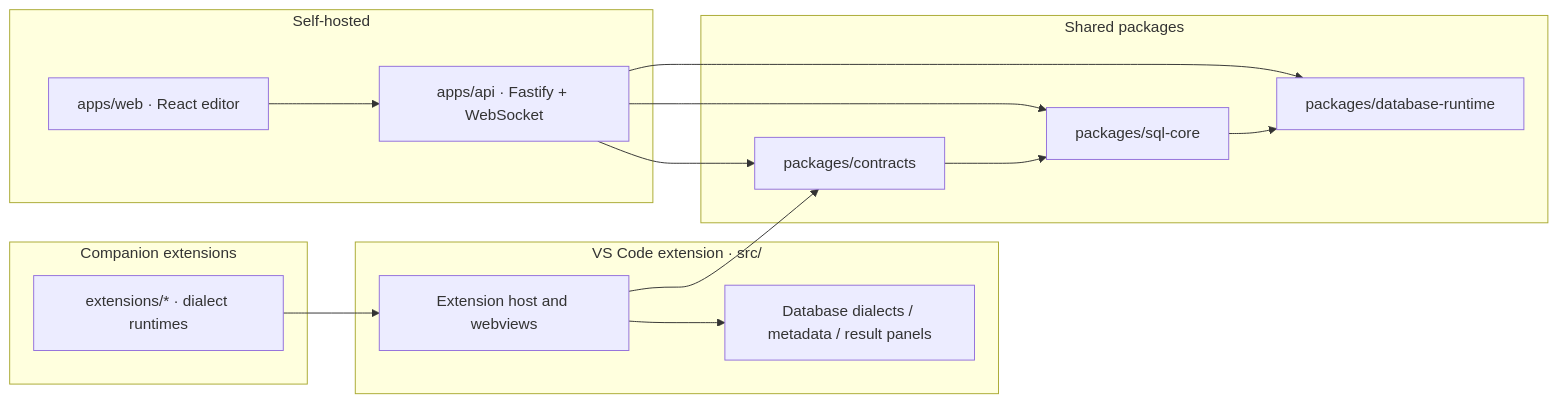
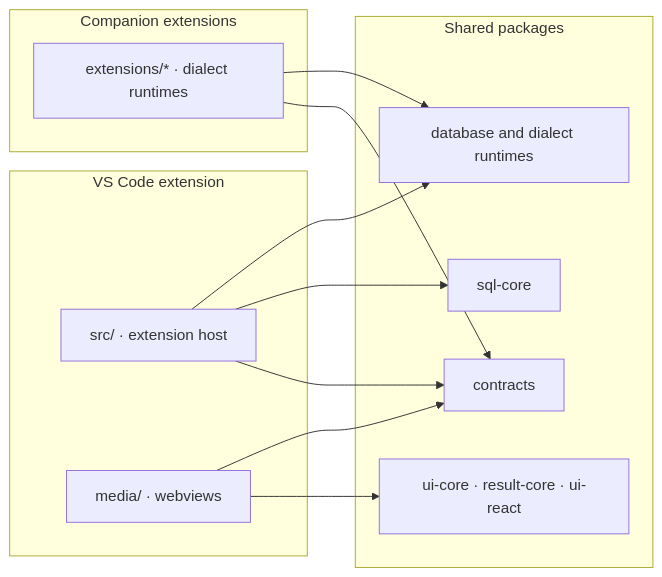
The diagram in docs/guide/developer/architecture.md (justybase/justybase-vscode), drawn with Mermaid before and after one commit. The commit also changed other lines of this file and 218 other files, not shown here.

Commit message:
refactor(web): retire self-hosted editor

````diff
--- a/docs/guide/developer/architecture.md
+++ b/docs/guide/developer/architecture.md
@@ -15,28 +15,23 @@
 ```mermaid
 flowchart LR
-    subgraph Desktop[VS Code extension · src/]
-        Core[Extension host and webviews]
-        Dialects[Database dialects / metadata / result panels]
+    subgraph Desktop[VS Code extension]
+        Core[src/ · extension host]
+        Media[media/ · webviews]
     end
     subgraph Shared[Shared packages]
-        Contracts[packages/contracts]
-        SqlCore[packages/sql-core]
-        Runtime[packages/database-runtime]
-    end
-    subgraph Server[Self-hosted]
-        Api[apps/api · Fastify + WebSocket]
-        Web[apps/web · React editor]
+        Contracts[contracts]
+        SqlCore[sql-core]
+        Runtime[database and dialect runtimes]
+        UiCore[ui-core · result-core · ui-react]
     end
     subgraph Optional[Companion extensions]
         Packs[extensions/* · dialect runtimes]
     end
-    Contracts --> SqlCore
-    SqlCore --> Runtime
-    Core --> Dialects
     Core --> Contracts
-    Api --> Contracts
-    Api --> SqlCore
-    Api --> Runtime
-    Web --> Api
-    Packs --> Core
+    Core --> SqlCore
+    Core --> Runtime
+    Media --> UiCore
+    Media --> Contracts
+    Packs --> Contracts
+    Packs --> Runtime
 ```
````
